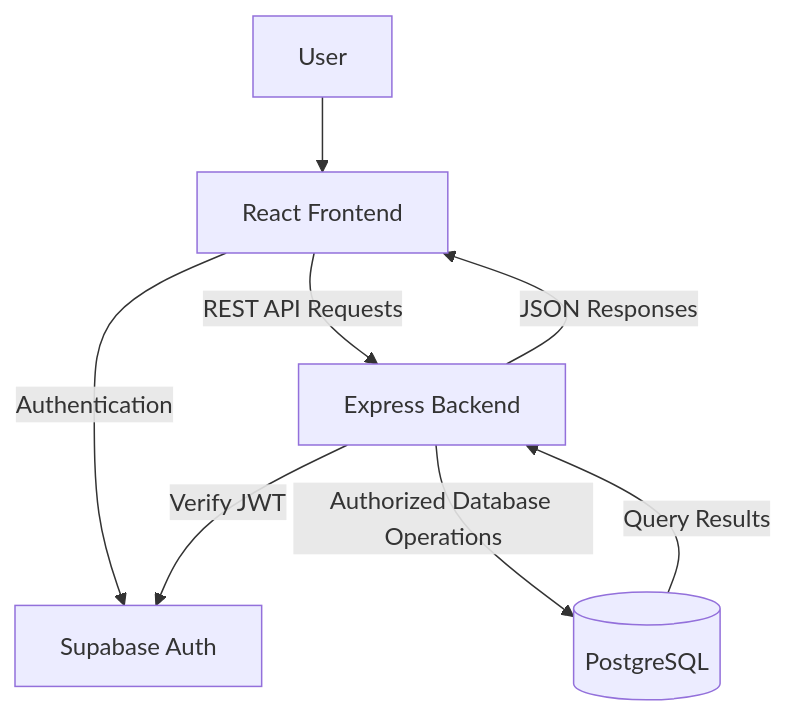
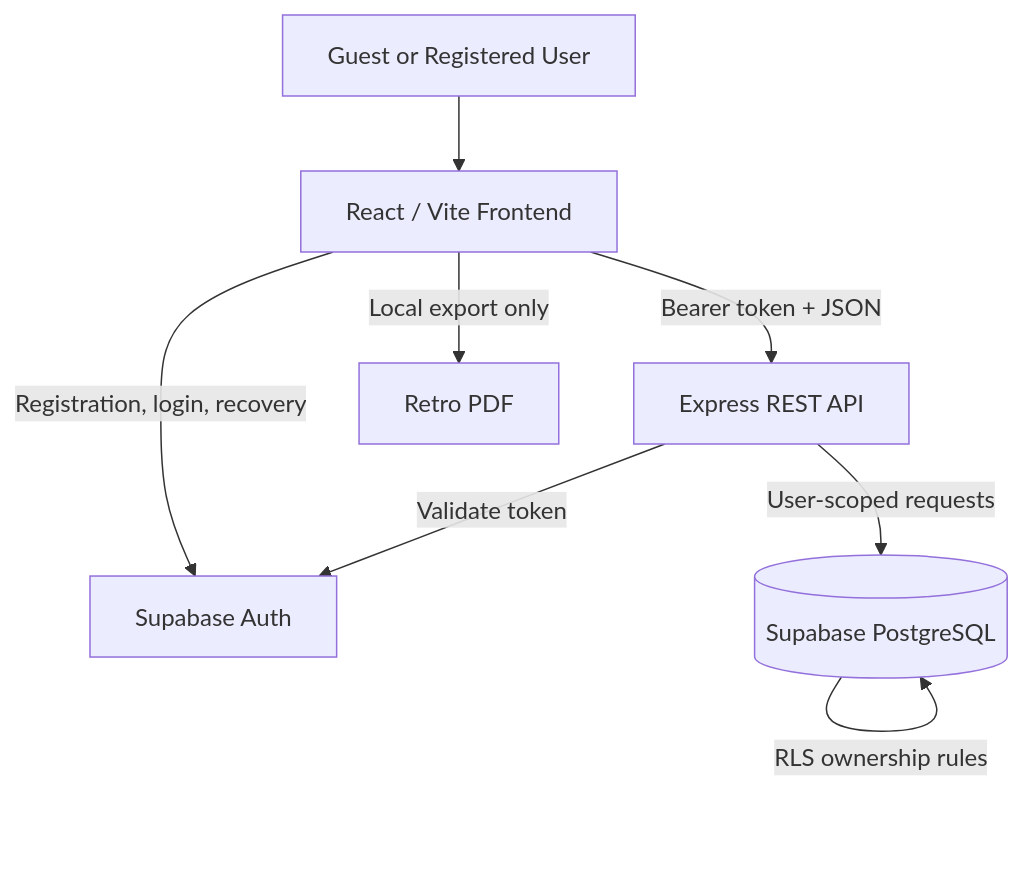
Before and after one commit to AlexandroLeao/rpg-character-creator: the diagram in docs/architecture.md, drawn with Mermaid. The commit also changed other lines of this file, not shown here.

Commit message:
docs: align architecture with auth UX and secure character lifecycle

````diff
--- a/docs/architecture.md
+++ b/docs/architecture.md
@@ -27,13 +11,10 @@
 ```mermaid
 flowchart TD
-    U[User] --> F[React Frontend]
-
-    F -->|Authentication| A[Supabase Auth]
-    F -->|REST API Requests| B[Express Backend]
-
-    B -->|Verify JWT| A
-    B -->|Authorized Database Operations| D[(PostgreSQL)]
-
-    D -->|Query Results| B
-    B -->|JSON Responses| F
+    U[Guest or Registered User] --> F[React / Vite Frontend]
+    F -->|Registration, login, recovery| A[Supabase Auth]
+    F -->|Bearer token + JSON| B[Express REST API]
+    B -->|Validate token| A
+    B -->|User-scoped requests| D[(Supabase PostgreSQL)]
+    D -->|RLS ownership rules| D
+    F -->|Local export only| P[Retro PDF]
 ```
````
